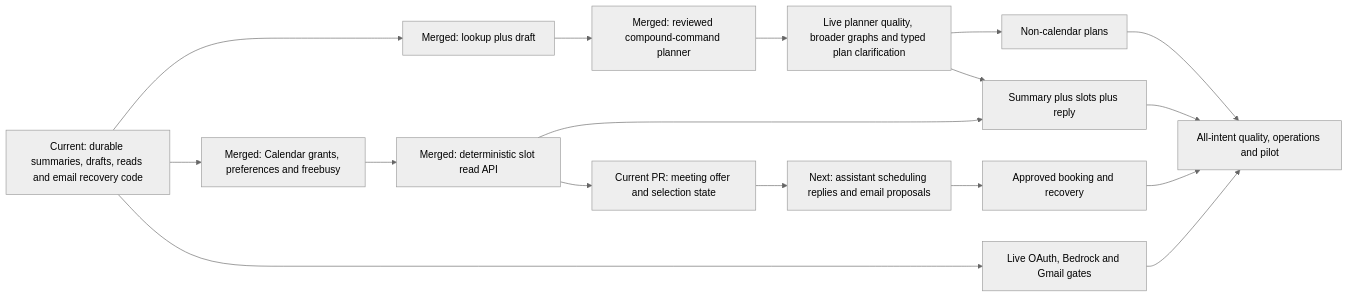
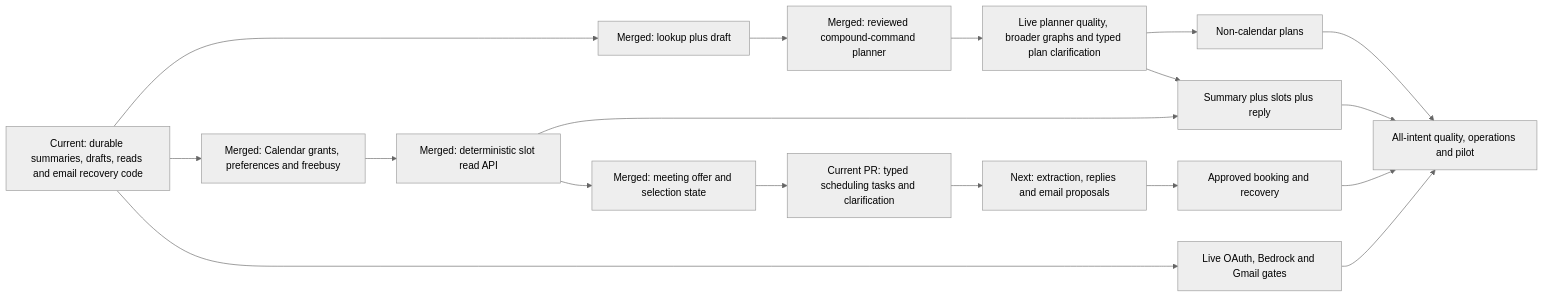
The diagram in docs/backend-progress.md (bhowmikdham/Threadly), drawn with Mermaid (neutral theme) before and after one commit. The commit also changed other lines of this file and 19 other files, not shown here.

Commit message:
feat: add durable typed assistant scheduling tasks

````diff
--- a/docs/backend-progress.md
+++ b/docs/backend-progress.md
@@ -123,19 +124,20 @@
 ```mermaid
 flowchart LR
     A[Current: durable summaries, drafts, reads and email recovery code] --> B[Merged: lookup plus draft]
     B --> P[Merged: reviewed compound-command planner]
     P --> C[Live planner quality, broader graphs and typed plan clarification]
     C --> D[Non-calendar plans]
     A --> E[Merged: Calendar grants, preferences and freebusy]
     E --> F[Merged: deterministic slot read API]
-    F --> N[Current PR: meeting offer and selection state]
-    N --> S[Next: assistant scheduling replies and email proposals]
+    F --> N[Merged: meeting offer and selection state]
+    N --> R[Current PR: typed scheduling tasks and clarification]
+    R --> S[Next: extraction, replies and email proposals]
     C --> G[Summary plus slots plus reply]
     F --> G
     S --> H[Approved booking and recovery]
     A --> I[Live OAuth, Bedrock and Gmail gates]
     D --> J[All-intent quality, operations and pilot]
     G --> J
     H --> J
     I --> J
 ```
````
